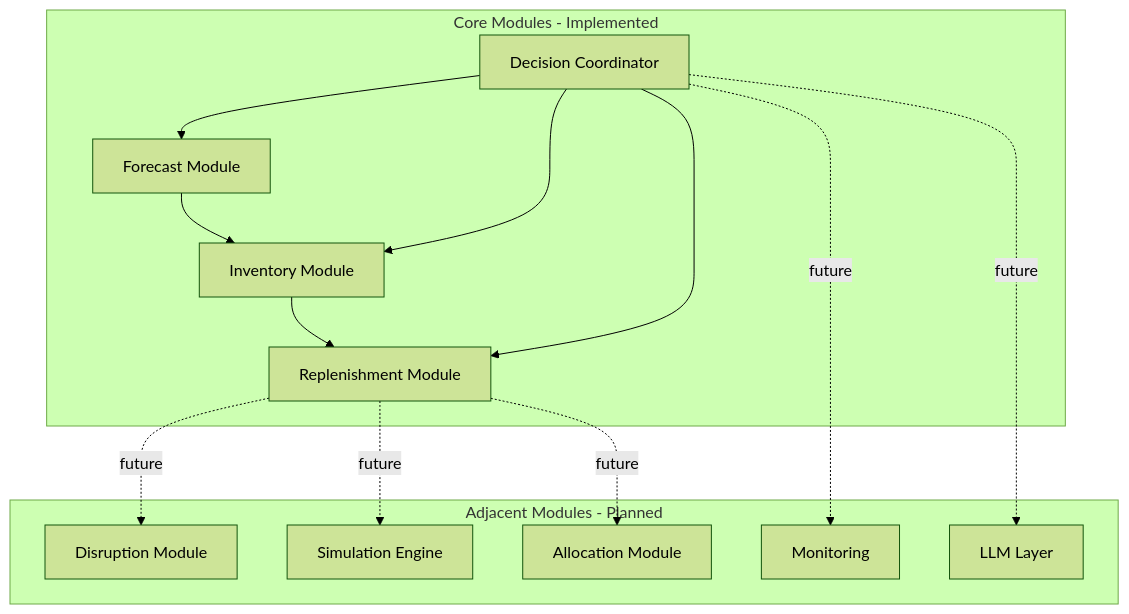
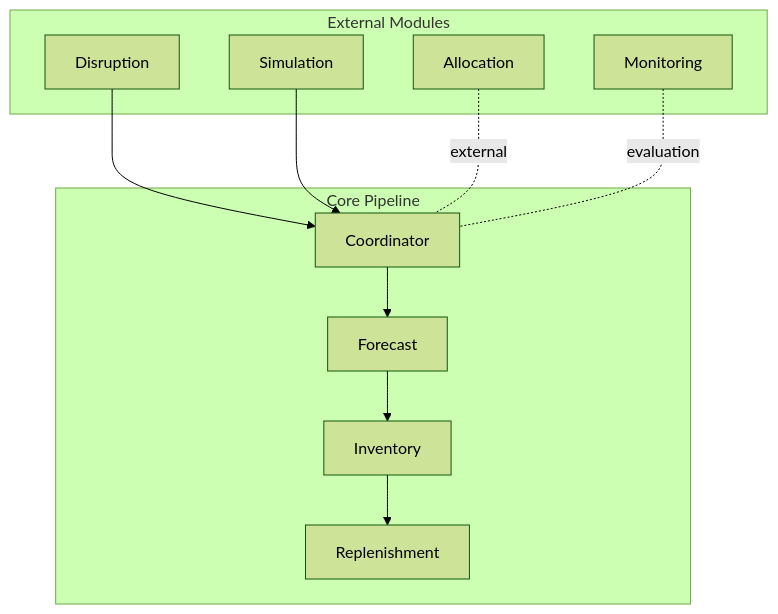
One commit to Vafamehr/deterministic-llm-system changed the sixth of 7 diagrams in projects/supply_chain_ai_lab/docs/architecture/01_decision_pipeline.md. Above: the diagram before and after it, drawn with Mermaid (forest theme). The commit also changed other lines of this file and 10 other files, not shown here.

````diff
--- a/projects/supply_chain_ai_lab/docs/architecture/01_decision_pipeline.md
+++ b/projects/supply_chain_ai_lab/docs/architecture/01_decision_pipeline.md
@@ -182,28 +186,24 @@
 ```mermaid
 flowchart TB
-    subgraph CORE[Core Modules - Implemented]
-        A[Forecast Module]
-        B[Inventory Module]
-        C[Replenishment Module]
-        D[Decision Coordinator]
+    subgraph Core Pipeline
+        A[Forecast]
+        B[Inventory]
+        C[Replenishment]
+        D[Coordinator]
     end
 
-    subgraph EXT[Adjacent Modules - Planned]
-        E[Disruption Module]
-        F[Simulation Engine]
-        G[Allocation Module]
+    subgraph External Modules
+        E[Disruption]
+        F[Simulation]
+        G[Allocation]
         H[Monitoring]
-        I[LLM Layer]
     end
 
-    A --> B --> C
-    D --> A
-    D --> B
-    D --> C
+    D --> A --> B --> C
 
-    C -. future .-> E
-    C -. future .-> F
-    C -. future .-> G
-    D -. future .-> H
-    D -. future .-> I
+    E --> D
+    F --> D
+
+    G -. external .- D
+    H -. evaluation .- D
 ```
````
